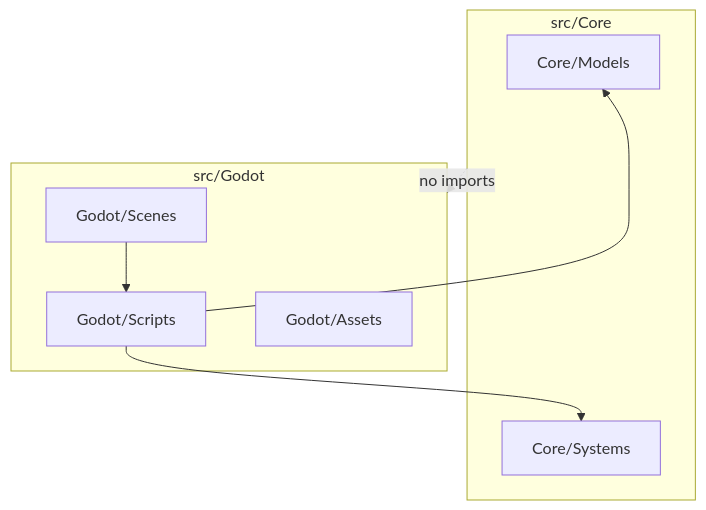
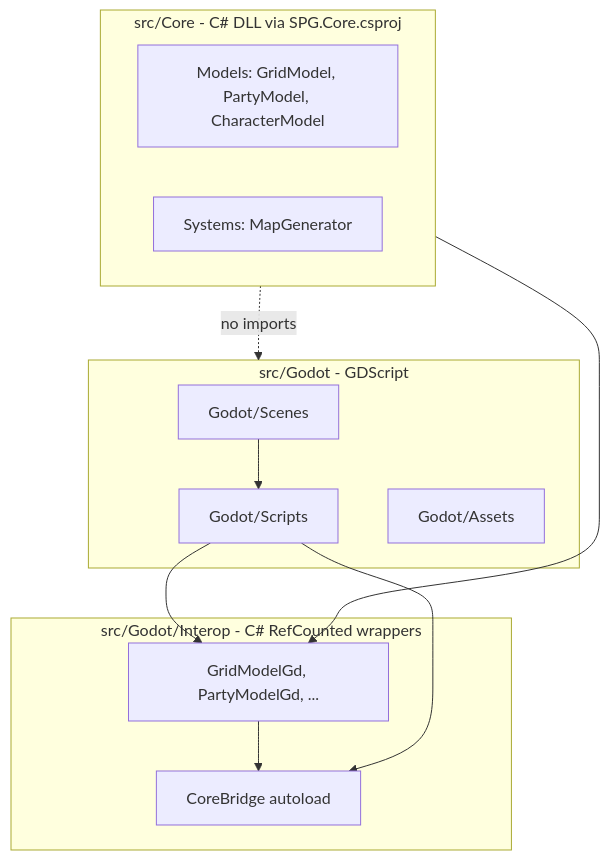
One commit to kurtzilla/SPG changed the diagram in .cursor/rules/architecture.md. Above: the diagram before and after it, drawn with Mermaid. The commit also changed other lines of this file and 37 other files, not shown here.

````diff
--- a/.cursor/rules/architecture.md
+++ b/.cursor/rules/architecture.md
@@ -16,16 +17,22 @@
 ```mermaid
 flowchart TB
-  subgraph core [src/Core]
-    Models[Core/Models]
-    Systems[Core/Systems]
+  subgraph core [src/Core - C# DLL via SPG.Core.csproj]
+    Models[Models: GridModel, PartyModel, CharacterModel]
+    Systems[Systems: MapGenerator]
   end
-  subgraph godot [src/Godot]
+  subgraph interop [src/Godot/Interop - C# RefCounted wrappers]
+    CoreBridge[CoreBridge autoload]
+    Wrappers[GridModelGd, PartyModelGd, ...]
+  end
+  subgraph godot [src/Godot - GDScript]
     Scenes[Godot/Scenes]
     Scripts[Godot/Scripts]
     Assets[Godot/Assets]
   end
-  Scripts --> Models
-  Scripts --> Systems
+  core --> Wrappers
+  Wrappers --> CoreBridge
+  Scripts --> CoreBridge
+  Scripts --> Wrappers
   Scenes --> Scripts
   core -.->|"no imports"| godot
 ```
````
